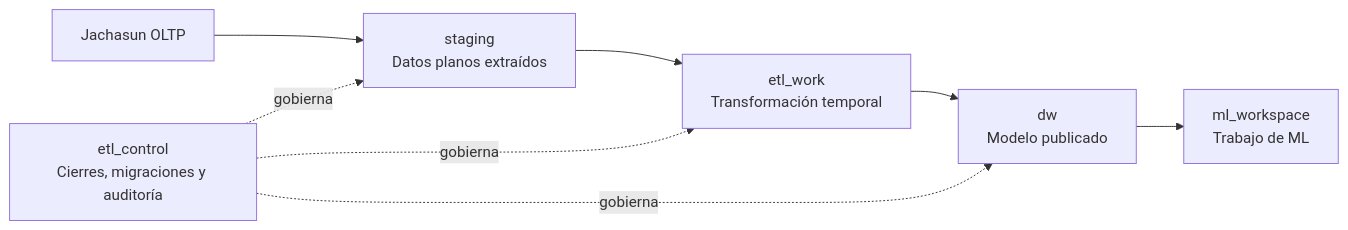
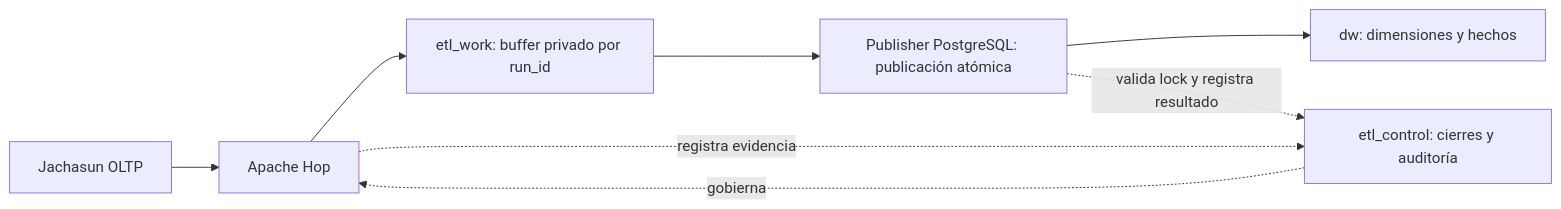
One commit to KEVIN-117/dss-system-architecture changed the diagram in docs/dw/analytical-platform-foundations.md. Above: the diagram before and after it, drawn with Mermaid. The commit also changed other lines of this file and 156 other files, not shown here.

First line of the commit message:
feat(dw): consolidar MVP del DW con Apache Hop (#142)

````diff
--- a/docs/dw/analytical-platform-foundations.md
+++ b/docs/dw/analytical-platform-foundations.md
@@ -7,10 +7,10 @@
 ```mermaid
 flowchart LR
-    OLTP[Jachasun OLTP] --> STG[staging\nDatos planos extraídos]
-    STG --> WORK[etl_work\nTransformación temporal]
-    WORK --> DWH[dw\nModelo publicado]
-    DWH --> ML[ml_workspace\nTrabajo de ML]
-    CTRL[etl_control\nCierres, migraciones y auditoría] -. gobierna .-> STG
-    CTRL -. gobierna .-> WORK
-    CTRL -. gobierna .-> DWH
+    OLTP[Jachasun OLTP] --> HOP[Apache Hop]
+    HOP --> WORK[etl_work: buffer privado por run_id]
+    WORK --> PUB[Publisher PostgreSQL: publicación atómica]
+    PUB --> DWH[dw: dimensiones y hechos]
+    CTRL[etl_control: cierres y auditoría] -. gobierna .-> HOP
+    HOP -. registra evidencia .-> CTRL
+    PUB -. valida lock y registra resultado .-> CTRL
 ```
````
